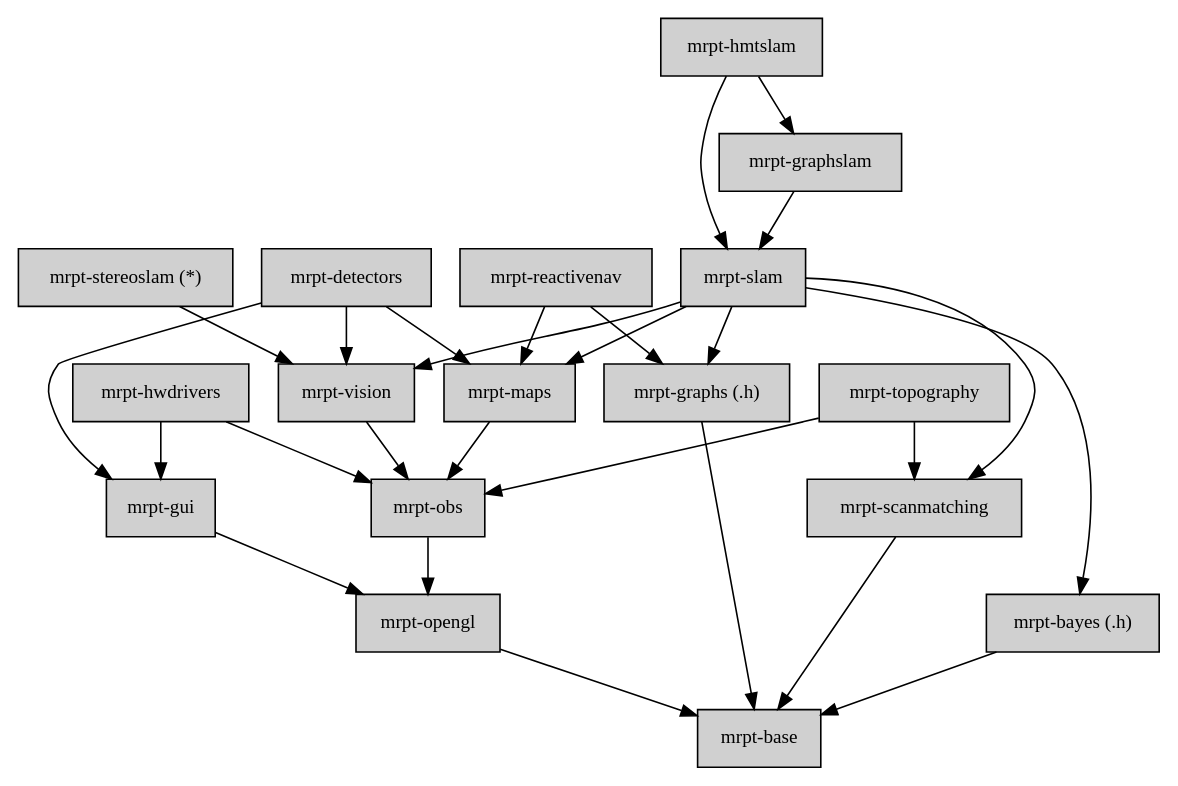
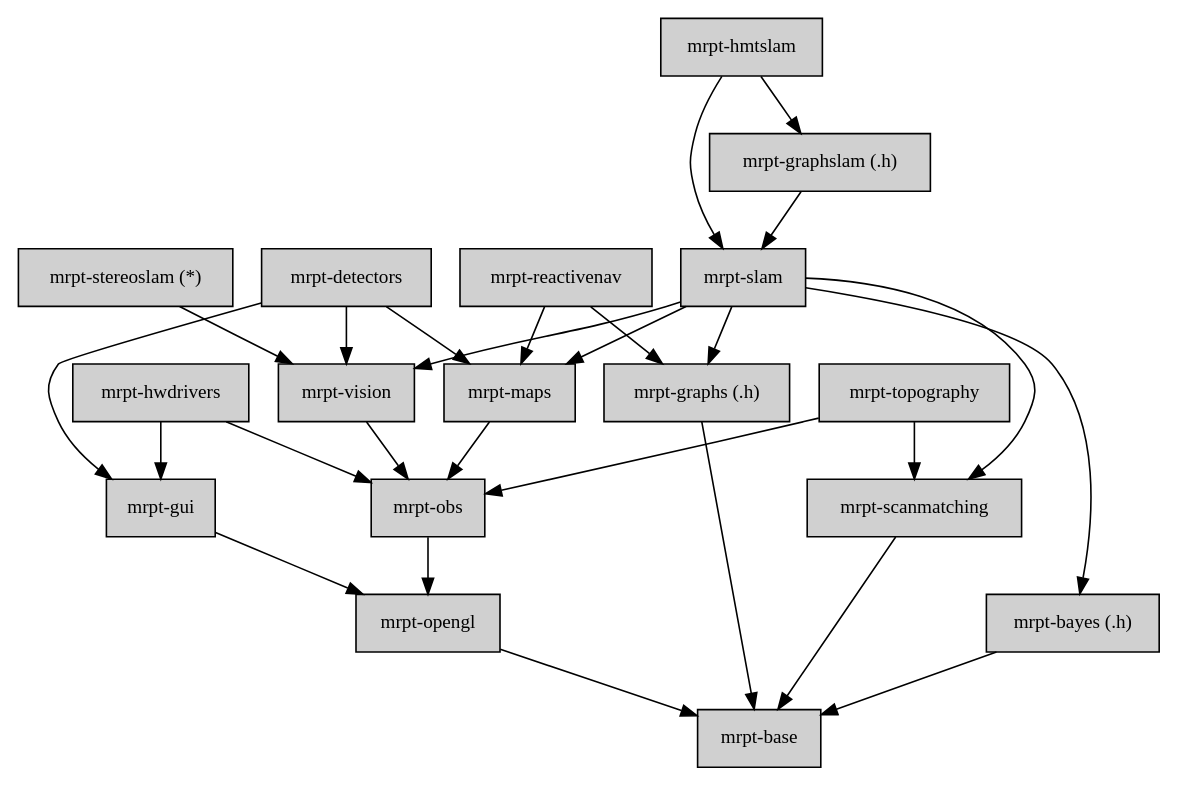
One commit to MRPT/mrpt changed the diagram in doc/design_of_images/graph_mrpt_libs.dot. Above: the diagram before and after it, drawn with Graphviz. The commit also changed 11 other files, not shown here.

Commit message:
- The lib mrpt-graphslam is now also header-only. - Removed link_pragmas.h file in mrpt-graphs, not needed anymore.

```diff
--- a/doc/design_of_images/graph_mrpt_libs.dot
+++ b/doc/design_of_images/graph_mrpt_libs.dot
@@ -1,67 +1,67 @@
 digraph MRPT_LIBS {
 
 	node [shape=box,style=filled, fillcolor="#D0D0D0",fontsize=12];
 
 	base 		[label="mrpt-base",URL="group__mrpt__base__grp.html"];
 	graphs		[label="mrpt-graphs (.h)",URL="group__mrpt__graphs__grp.html"];
 	bayes 		[label="mrpt-bayes (.h)",URL="group__mrpt__bayes__grp.html"];
 	opengl 		[label="mrpt-opengl", URL="group__mrpt__opengl__grp.html"];
 	gui 		[label="mrpt-gui",URL="group__mrpt__gui__grp.html"];
 	obs 		[label="mrpt-obs",URL="group__mrpt__obs__grp.html"];
 	hwdrivers 	[label="mrpt-hwdrivers",URL="group__mrpt__hwdrivers__grp.html"];
 	topography 	[label="mrpt-topography",URL="group__mrpt__topography__grp.html"];
 	maps 		[label="mrpt-maps",URL="group__mrpt__maps__grp.html"];
 	vision 		[label="mrpt-vision",URL="group__mrpt__vision__grp.html"];
 	scanmatching 		[label="mrpt-scanmatching",URL="group__mrpt__scanmatching__grp.html"];
 
 	slam 		[label="mrpt-slam",URL="group__mrpt__slam__grp.html"];
-	graphslam	[label="mrpt-graphslam",URL="group__mrpt__graphslam__grp.html"];
+	graphslam	[label="mrpt-graphslam (.h)",URL="group__mrpt__graphslam__grp.html"];
 	
 	hmtslam		[label="mrpt-hmtslam",URL="group__mrpt__hmtslam__grp.html"];
 	reactivenav	[label="mrpt-reactivenav",URL="group__mrpt__reactivenav__grp.html"];
 	stereoslam	[label="mrpt-stereoslam (*)",URL="group__mrpt__stereoslam__grp.html"];
 	
 	detectors	[label="mrpt-detectors",URL="group__mrpt__detectors__grp.html"];
 	
 	graphs -> base;
 	scanmatching -> base;
 
 	bayes -> base;
 	
 	opengl -> base;
 	
 	obs -> opengl;
 	
 	gui -> opengl;
 	
 	hwdrivers -> gui;
 	hwdrivers -> obs;
 	
 	topography -> obs;
 	topography -> scanmatching;
 	
 	vision -> obs;
 	
 	maps -> obs;
 
 	slam -> maps;
 	slam -> vision;
 	slam -> scanmatching;
 	slam -> bayes;
 	slam -> graphs;
 
 	graphslam -> slam;
 	
 	detectors -> vision;
 	detectors -> maps;
 	detectors -> gui;
 	
 	hmtslam -> slam;
 	hmtslam -> graphslam;
 
 
 	stereoslam -> vision;
 	
 	reactivenav -> maps;
 	reactivenav -> graphs;
 }
```
